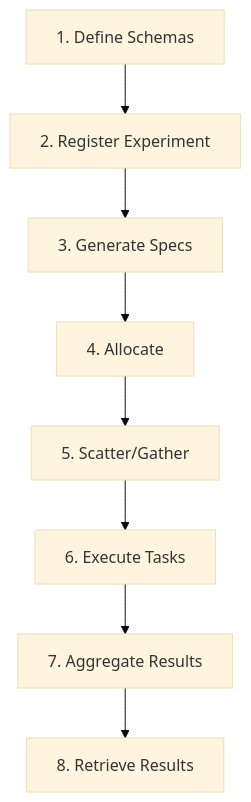
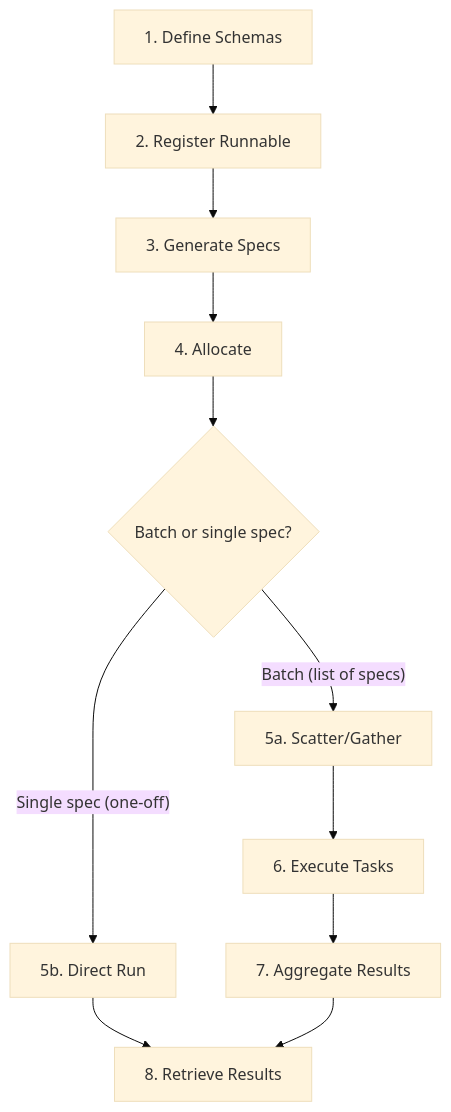
Before and after one commit to szvsw/scythe: the diagram in docs/concepts/experiment-lifecycle.md, drawn with Mermaid (base theme). The commit also changed other lines of this file and 29 other files, not shown here.

````diff
--- a/docs/concepts/experiment-lifecycle.md
+++ b/docs/concepts/experiment-lifecycle.md
@@ -7,10 +7,13 @@
 ```mermaid
 flowchart TD
-    Define["1. Define Schemas"] --> Register["2. Register Experiment"]
+    Define["1. Define Schemas"] --> Register["2. Register Runnable"]
     Register --> Sample["3. Generate Specs"]
     Sample --> Allocate["4. Allocate"]
-    Allocate --> ScatterGather["5. Scatter/Gather"]
+    Allocate --> IsBatch{"Batch or single spec?"}
+    IsBatch -->|"Batch (list of specs)"| ScatterGather["5a. Scatter/Gather"]
+    IsBatch -->|"Single spec (one-off)"| DirectRun["5b. Direct Run"]
     ScatterGather --> Execute["6. Execute Tasks"]
     Execute --> Aggregate["7. Aggregate Results"]
-    Aggregate --> Retrieve["8. Retrieve Results"]
+    DirectRun --> Retrieve["8. Retrieve Results"]
+    Aggregate --> Retrieve
 ```
````
